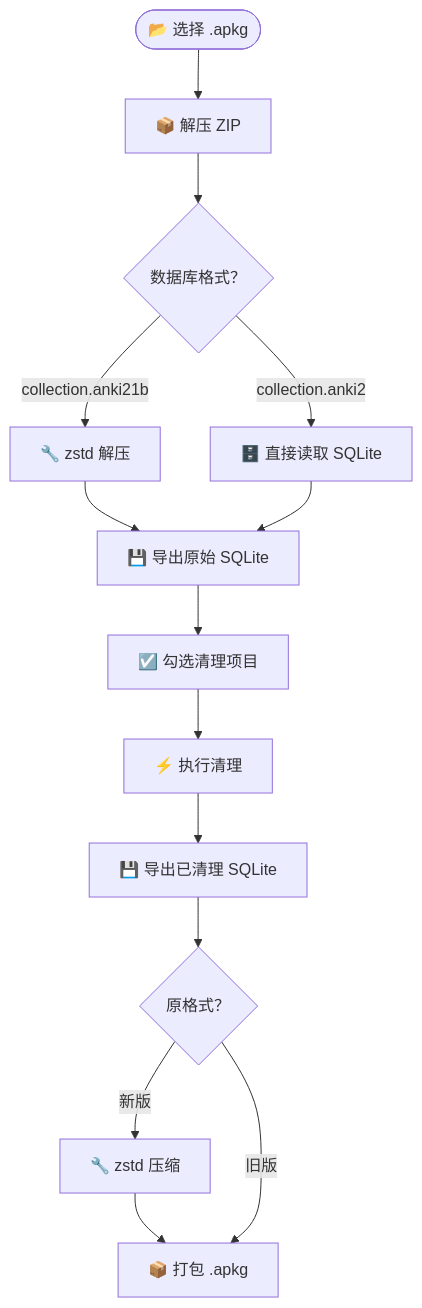
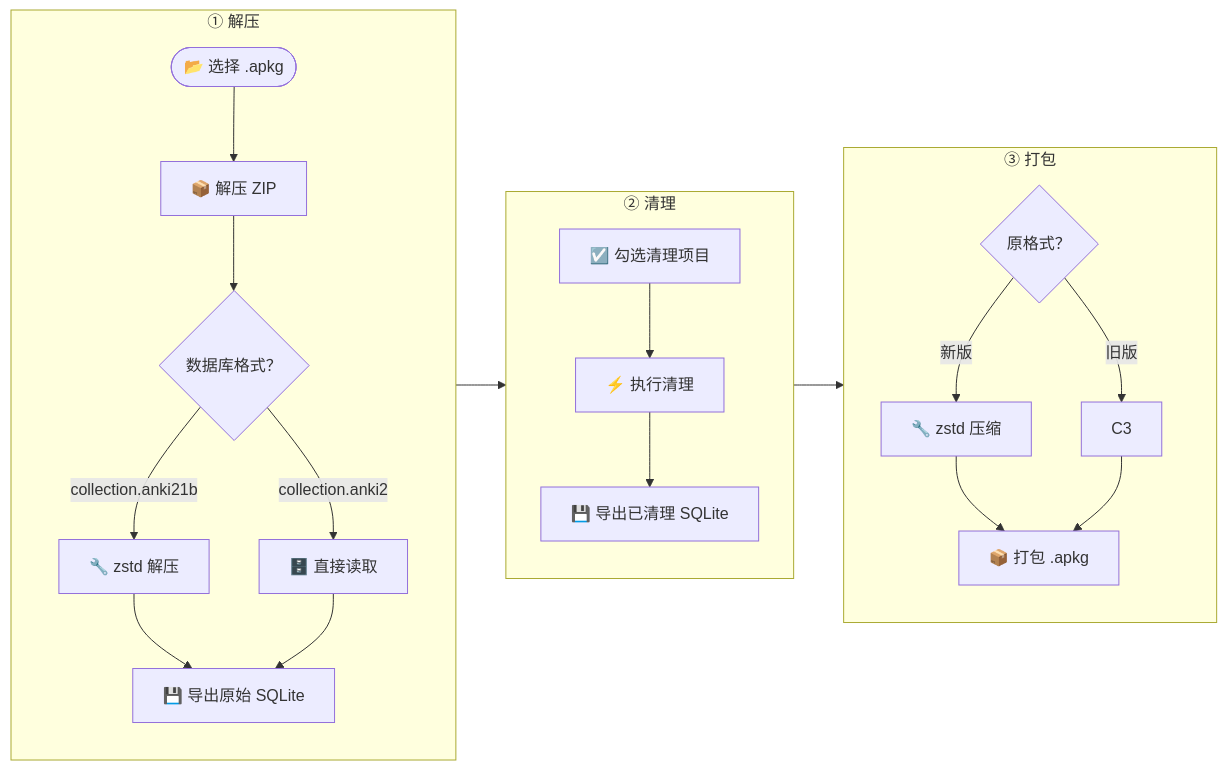
Before and after one commit to frankzheng43/AnkiHTMLCleaner: the first of 2 diagrams in README.md, drawn with Mermaid.

Commit message:
三步骤横向排列，步骤内纵向

````diff
--- a/README.md
+++ b/README.md
@@ -7,24 +7,29 @@
 ```mermaid
-flowchart TB
-    A(["📂 选择 .apkg"])
-    B["📦 解压 ZIP"]
-    C{"数据库格式？"}
-    D["🔧 zstd 解压"]
-    E["🗄️ 直接读取 SQLite"]
-    F["💾 导出原始 SQLite"]
-    G["☑️ 勾选清理项目"]
-    H["⚡ 执行清理"]
-    I["💾 导出已清理 SQLite"]
-    J{"原格式？"}
-    K["🔧 zstd 压缩"]
-    L["📦 打包 .apkg"]
+flowchart LR
+    subgraph S1["① 解压"]
+        direction TB
+        A1(["📂 选择 .apkg"]) -->
+        A2["📦 解压 ZIP"] -->
+        A3{"数据库格式？"}
+        A3 -->|collection.anki21b| A4["🔧 zstd 解压"]
+        A3 -->|collection.anki2| A5["🗄️ 直接读取"]
+        A4 & A5 --> A6["💾 导出原始 SQLite"]
+    end
 
-    A --> B --> C
-    C -->|collection.anki21b| D
-    C -->|collection.anki2| E
-    D --> F
-    E --> F
-    F --> G --> H --> I --> J
-    J -->|新版| K --> L
-    J -->|旧版| L
+    subgraph S2["② 清理"]
+        direction TB
+        B1["☑️ 勾选清理项目"] -->
+        B2["⚡ 执行清理"] -->
+        B3["💾 导出已清理 SQLite"]
+    end
+
+    subgraph S3["③ 打包"]
+        direction TB
+        C1{"原格式？"}
+        C1 -->|新版| C2["🔧 zstd 压缩"]
+        C1 -->|旧版| C3
+        C2 & C3 --> C4["📦 打包 .apkg"]
+    end
+
+    S1 --> S2 --> S3
 ```
````
